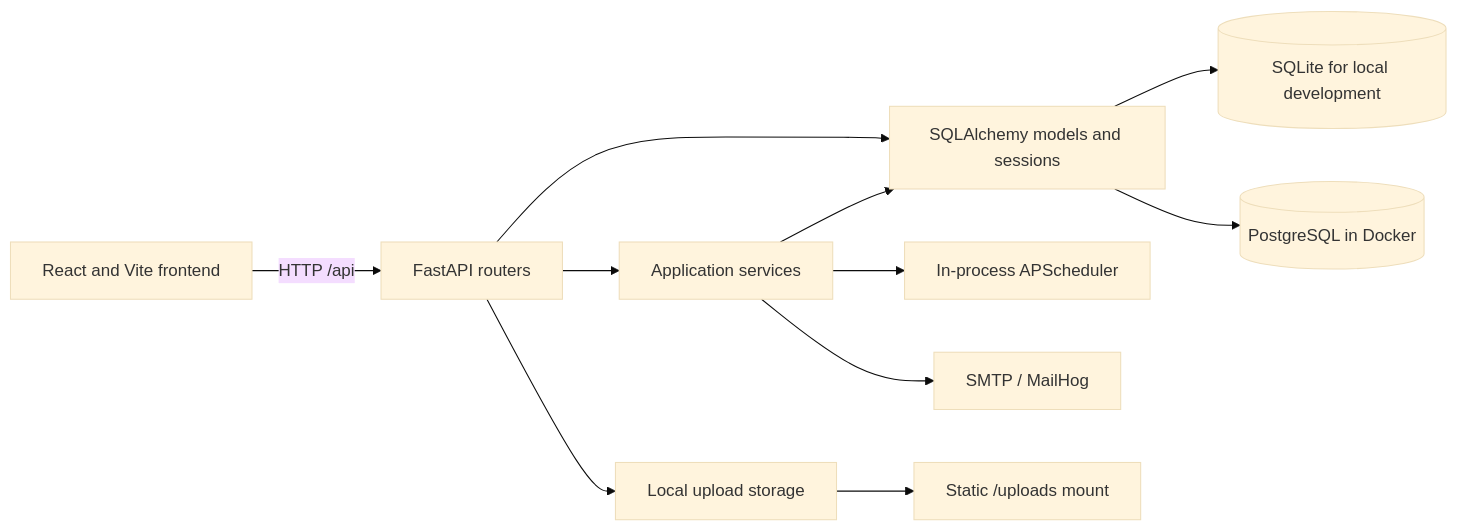
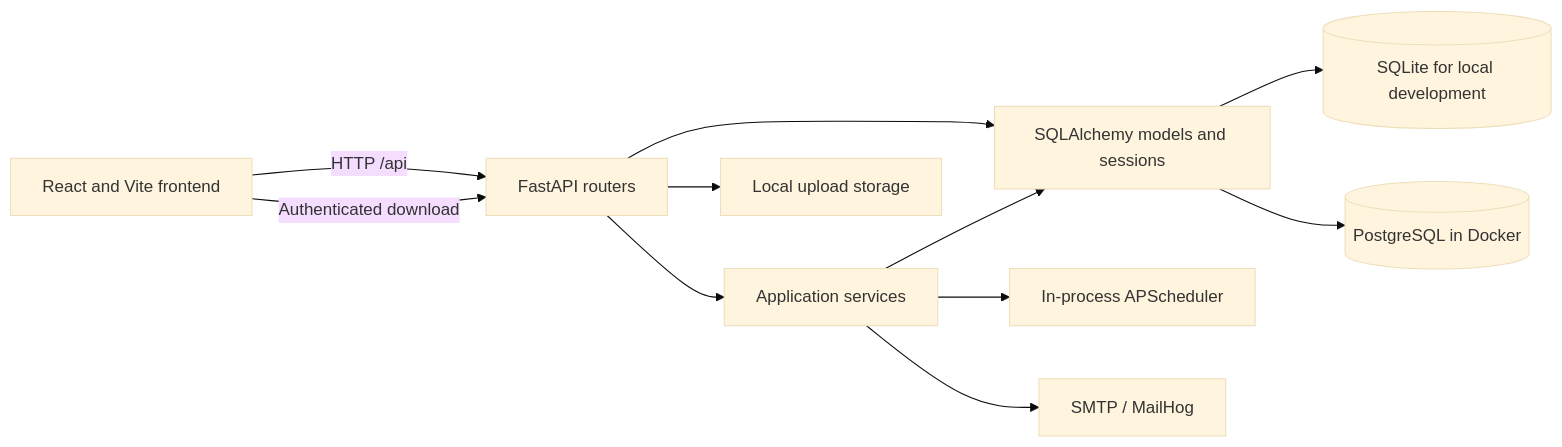
One commit to raaj7000prajapati-crypto/Drishti changed the first of 2 diagrams in README.md. Above: the diagram before and after it, drawn with Mermaid (base theme). The commit also changed other lines of this file and 30 other files, not shown here.

````diff
--- a/README.md
+++ b/README.md
@@ -12,13 +12,13 @@
 ```mermaid
 flowchart LR
     Browser[React and Vite frontend] -->|HTTP /api| API[FastAPI routers]
     API --> Services[Application services]
     API --> ORM[SQLAlchemy models and sessions]
     Services --> ORM
     ORM --> DB[(SQLite for local development)]
     ORM --> PG[(PostgreSQL in Docker)]
     Services --> Scheduler[In-process APScheduler]
     Services --> SMTP[SMTP / MailHog]
     API --> Storage[Local upload storage]
-    Storage --> PublicFiles[Static /uploads mount]
+    Browser -->|Authenticated download| API
 ```
````
